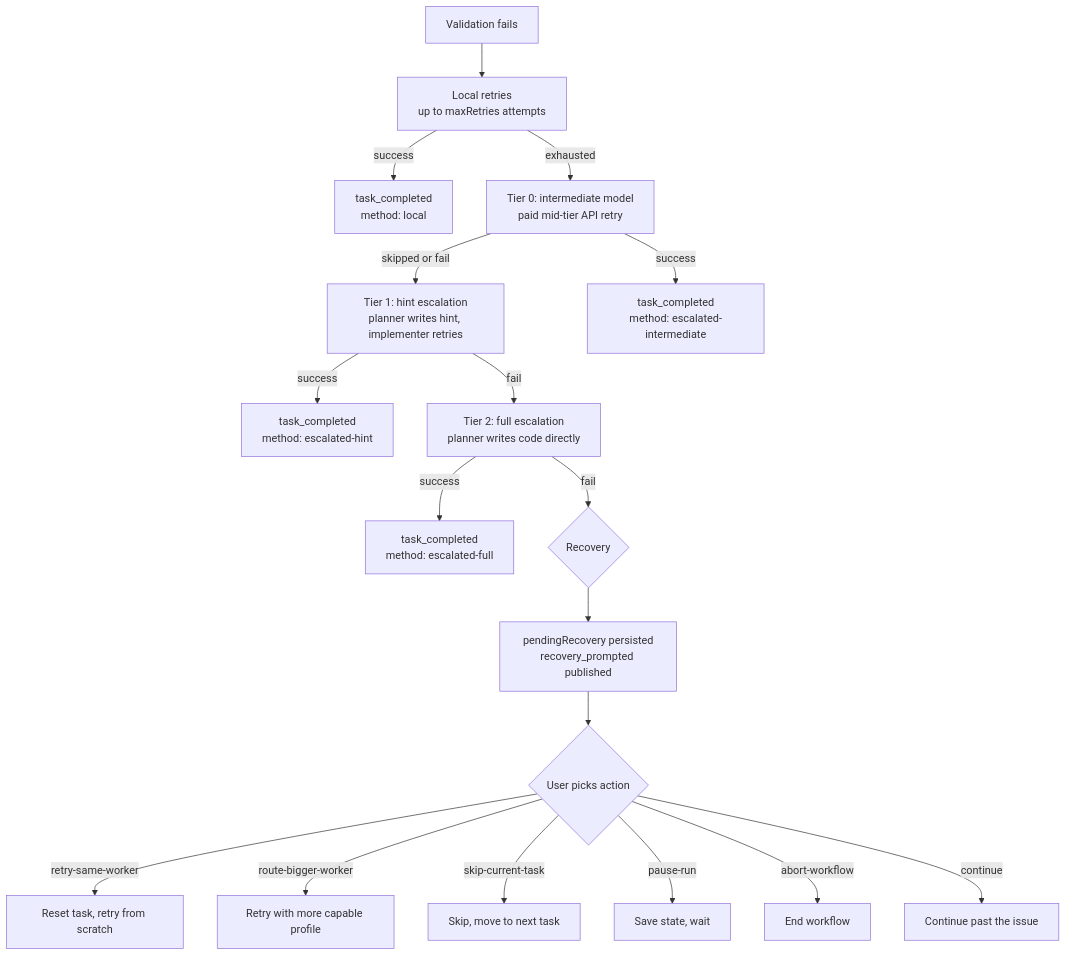
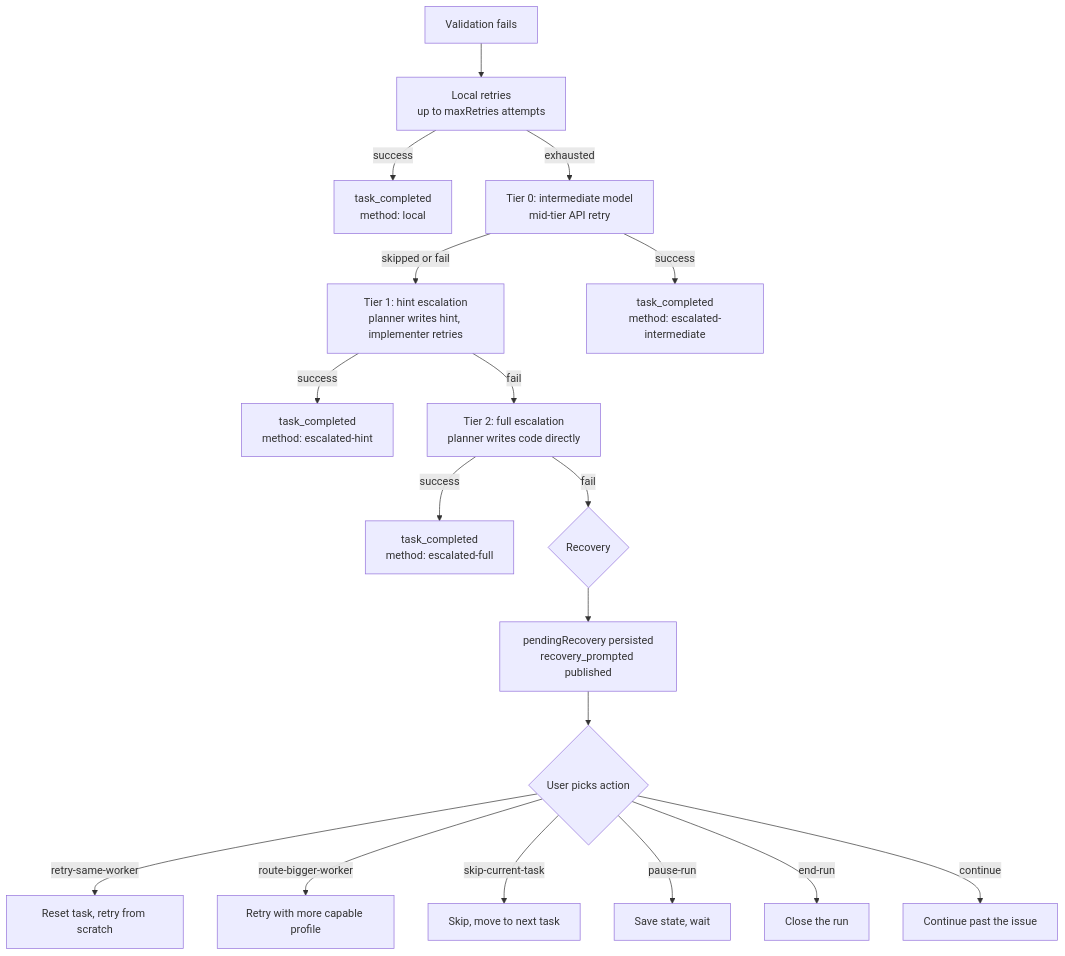
One commit to b4r7x/splitbrief changed the diagram in docs/APPROVAL-AND-RECOVERY.md. Above: the diagram before and after it, drawn with Mermaid. The commit also changed other lines of this file and 836 other files, not shown here.

````diff
--- a/docs/APPROVAL-AND-RECOVERY.md
+++ b/docs/APPROVAL-AND-RECOVERY.md
@@ -160,20 +146,20 @@
 ```mermaid
 flowchart TD
     VF[Validation fails] --> LR[Local retries<br/>up to maxRetries attempts]
     LR -->|success| DONE[task_completed<br/>method: local]
-    LR -->|exhausted| T0[Tier 0: intermediate model<br/>paid mid-tier API retry]
+    LR -->|exhausted| T0[Tier 0: intermediate model<br/>mid-tier API retry]
     T0 -->|skipped or fail| T1[Tier 1: hint escalation<br/>planner writes hint, implementer retries]
     T0 -->|success| DONE0[task_completed<br/>method: escalated-intermediate]
     T1 -->|success| DONE1[task_completed<br/>method: escalated-hint]
     T1 -->|fail| T2[Tier 2: full escalation<br/>planner writes code directly]
     T2 -->|success| DONE2[task_completed<br/>method: escalated-full]
     T2 -->|fail| REC{Recovery}
     REC --> PROMPT[pendingRecovery persisted<br/>recovery_prompted published]
     PROMPT --> USER{User picks action}
     USER -->|retry-same-worker| RESET[Reset task, retry from scratch]
     USER -->|route-bigger-worker| BIGGER[Retry with more capable profile]
     USER -->|skip-current-task| SKIP[Skip, move to next task]
     USER -->|pause-run| PAUSE[Save state, wait]
-    USER -->|abort-workflow| ABORT[End workflow]
+    USER -->|end-run| ABORT[Close the run]
     USER -->|continue| CONT[Continue past the issue]
 ```
````
